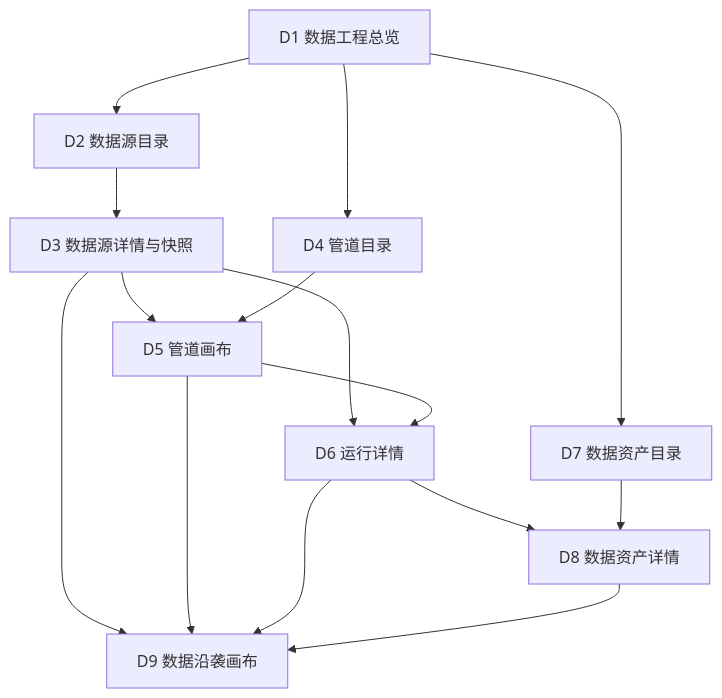
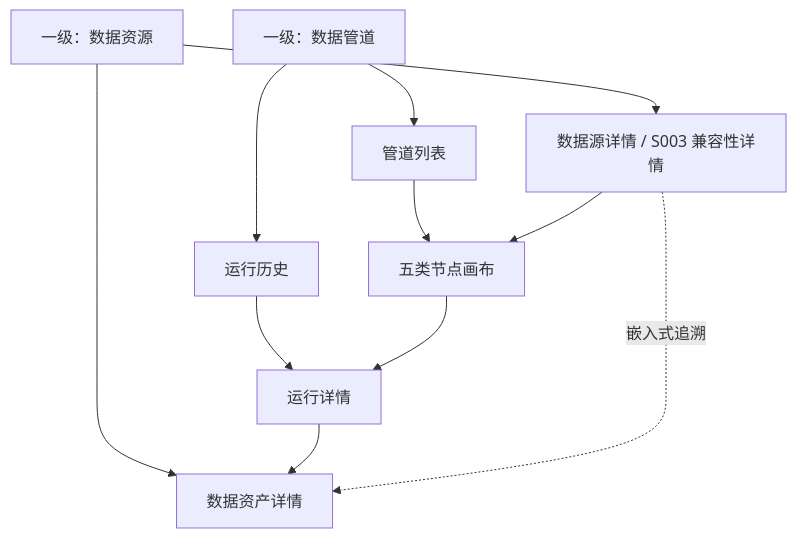
The second of 2 diagrams in deliverables/新项目功能设计-阶段2数据工程-v0.1.md (unazdoo/ontology3.0), drawn with Mermaid before and after one commit. The commit also changed other lines of this file and 1049 other files, not shown here.

````diff
--- a/deliverables/新项目功能设计-阶段2数据工程-v0.1.md
+++ b/deliverables/新项目功能设计-阶段2数据工程-v0.1.md
@@ -1153,17 +1461,13 @@
 ```mermaid
 flowchart TB
-    D1["D1 数据工程总览"] --> D2["D2 数据源目录"]
-    D2 --> D3["D3 数据源详情与快照"]
-    D3 --> D5["D5 管道画布"]
-    D3 --> D6["D6 运行详情"]
-    D1 --> D4["D4 管道目录"]
-    D4 --> D5
-    D5 --> D6
-    D6 --> D8["D8 数据资产详情"]
-    D1 --> D7["D7 数据资产目录"]
-    D7 --> D8
-    D3 --> D9["D9 数据沿袭画布"]
-    D5 --> D9
-    D6 --> D9
-    D8 --> D9
+    R["一级：数据资源"] --> RS["数据源详情 / S003 兼容性详情"]
+    R --> RA["数据资产详情"]
+    P["一级：数据管道"] --> PL["管道列表"]
+    P --> PH["运行历史"]
+    PL --> PC["五类节点画布"]
+    PH --> PR["运行详情"]
+    RS --> PC
+    PC --> PR
+    PR --> RA
+    RS -.嵌入式追溯.-> RA
 ```
````
